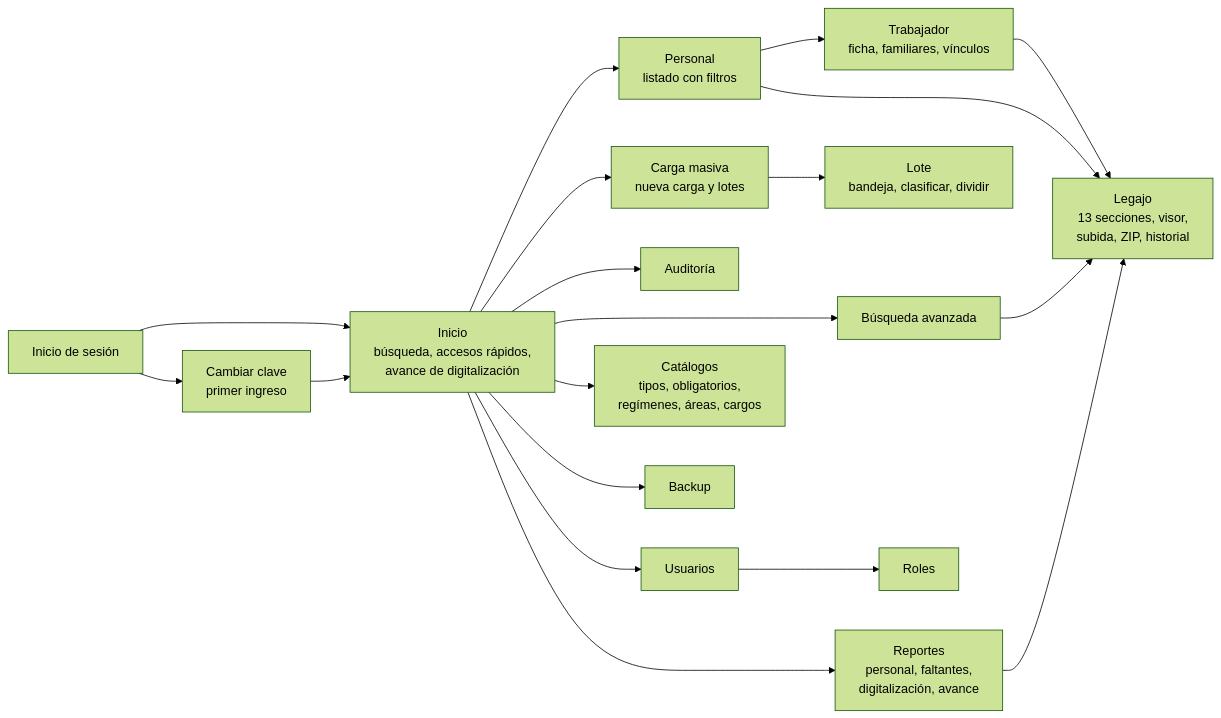
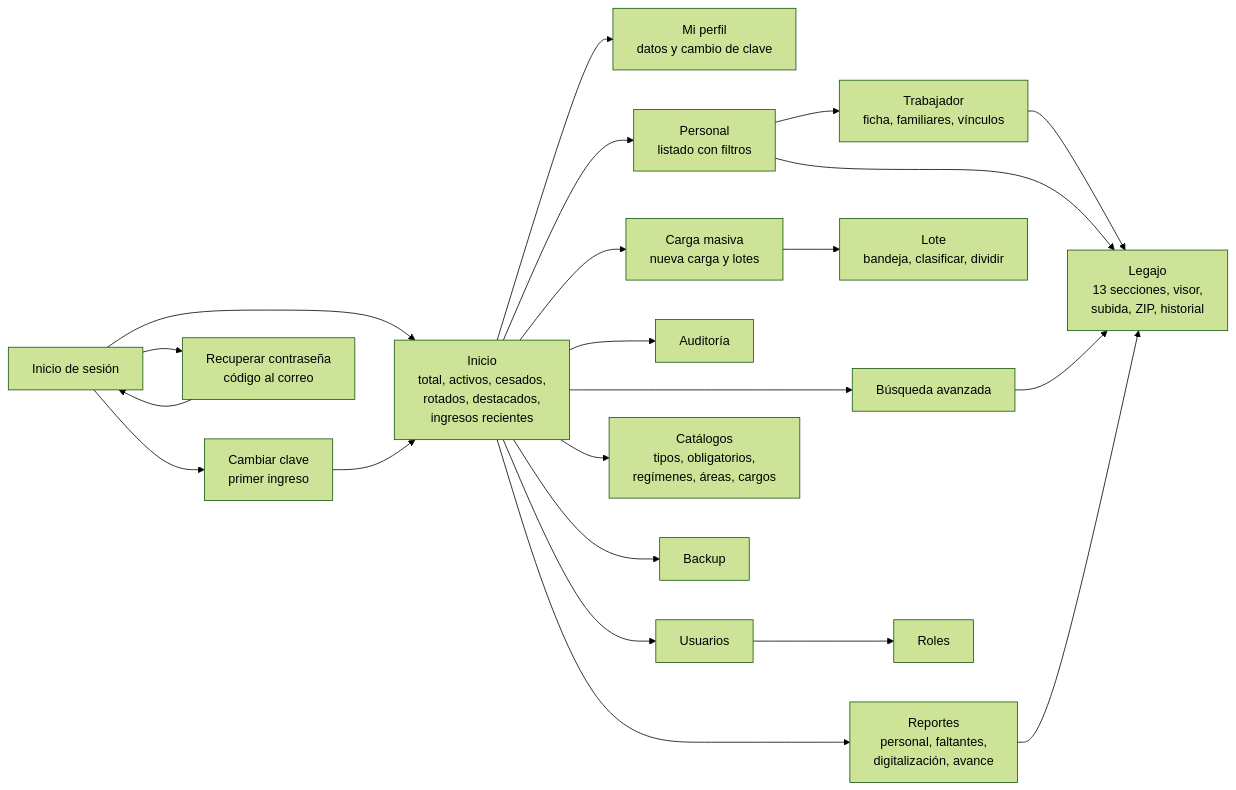
Diagram 22 of 22 in README.md (Jose27luis/legajo), drawn with Mermaid (forest theme) before and after one commit. The commit also changed other lines of this file, not shown here.

````diff
--- a/README.md
+++ b/README.md
@@ -1208,21 +1310,24 @@
 ```mermaid
 flowchart LR
     LOGIN["Inicio de sesión"] --> CC["Cambiar clave<br/>primer ingreso"]
-    LOGIN --> INI["Inicio<br/>búsqueda, accesos rápidos,<br/>avance de digitalización"]
+    LOGIN --> REC["Recuperar contraseña<br/>código al correo"]
+    REC --> LOGIN
+    LOGIN --> INI["Inicio<br/>total, activos, cesados,<br/>rotados, destacados,<br/>ingresos recientes"]
+    INI --> PRF["Mi perfil<br/>datos y cambio de clave"]
     CC --> INI
     INI --> PER["Personal<br/>listado con filtros"]
     PER --> TRA["Trabajador<br/>ficha, familiares, vínculos"]
     TRA --> LEG["Legajo<br/>13 secciones, visor,<br/>subida, ZIP, historial"]
     PER --> LEG
     INI --> BUS["Búsqueda avanzada"]
     BUS --> LEG
     INI --> CM["Carga masiva<br/>nueva carga y lotes"]
     CM --> LOT["Lote<br/>bandeja, clasificar, dividir"]
     INI --> REP["Reportes<br/>personal, faltantes,<br/>digitalización, avance"]
     REP --> LEG
     INI --> AUD["Auditoría"]
     INI --> USU["Usuarios"]
     USU --> ROL["Roles"]
     INI --> CAT["Catálogos<br/>tipos, obligatorios,<br/>regímenes, áreas, cargos"]
     INI --> BAK["Backup"]
 ```
````
